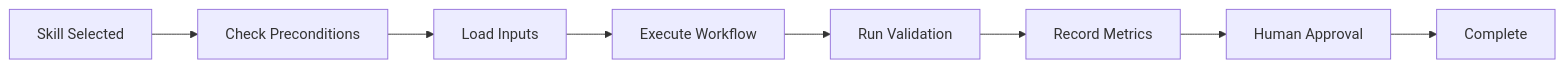
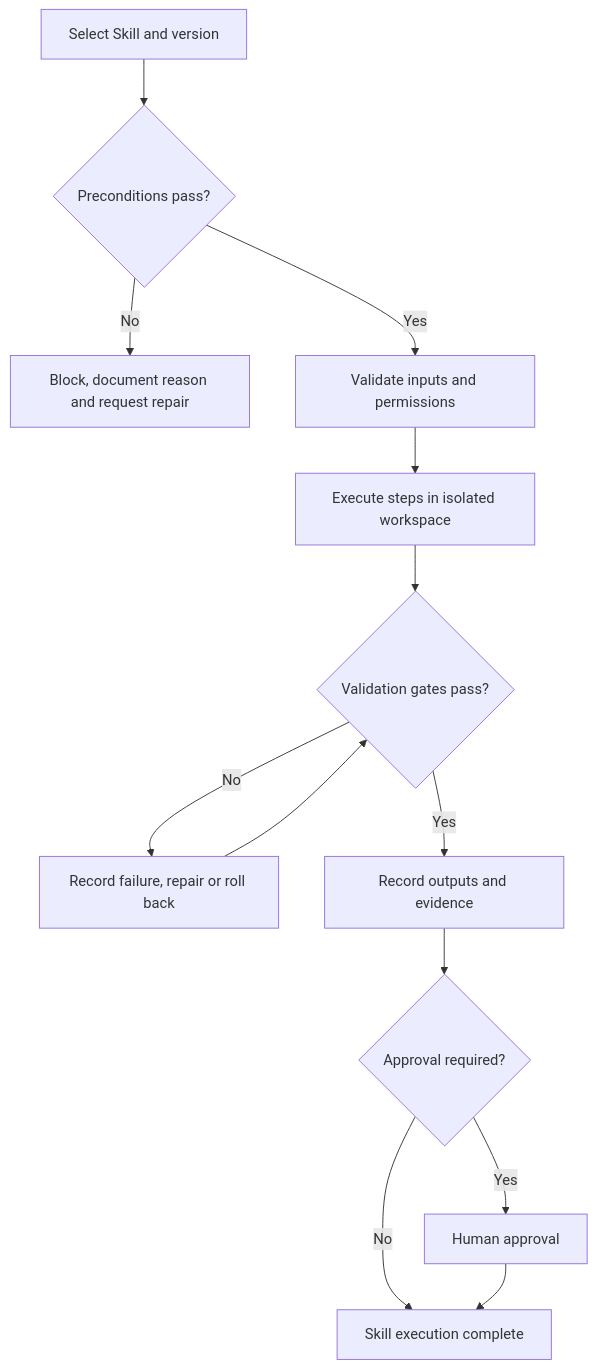
Before and after one commit to sheikh-zeeshan/Enterprise-AI-Engineering-Handbook: the fourth of 11 diagrams in book/07-skills.md, drawn with Mermaid. The commit also changed other lines of this file and 49 other files, not shown here.

````diff
--- a/book/07-skills.md
+++ b/book/07-skills.md
@@ -751,19 +724,15 @@
 ```mermaid
-flowchart LR
-
-A[Skill Selected]
-
---> B[Check Preconditions]
-
---> C[Load Inputs]
-
---> D[Execute Workflow]
-
---> E[Run Validation]
-
---> F[Record Metrics]
-
---> G[Human Approval]
-
---> H[Complete]
+flowchart TD
+    Select[Select Skill and version] --> Check{Preconditions pass?}
+    Check -- No --> Block[Block, document reason and request repair]
+    Check -- Yes --> Inputs[Validate inputs and permissions]
+    Inputs --> Execute[Execute steps in isolated workspace]
+    Execute --> Verify{Validation gates pass?}
+    Verify -- No --> Recover[Record failure, repair or roll back]
+    Recover --> Verify
+    Verify -- Yes --> Evidence[Record outputs and evidence]
+    Evidence --> Approval{Approval required?}
+    Approval -- Yes --> Review[Human approval]
+    Approval -- No --> Complete[Skill execution complete]
+    Review --> Complete
 ```
````
